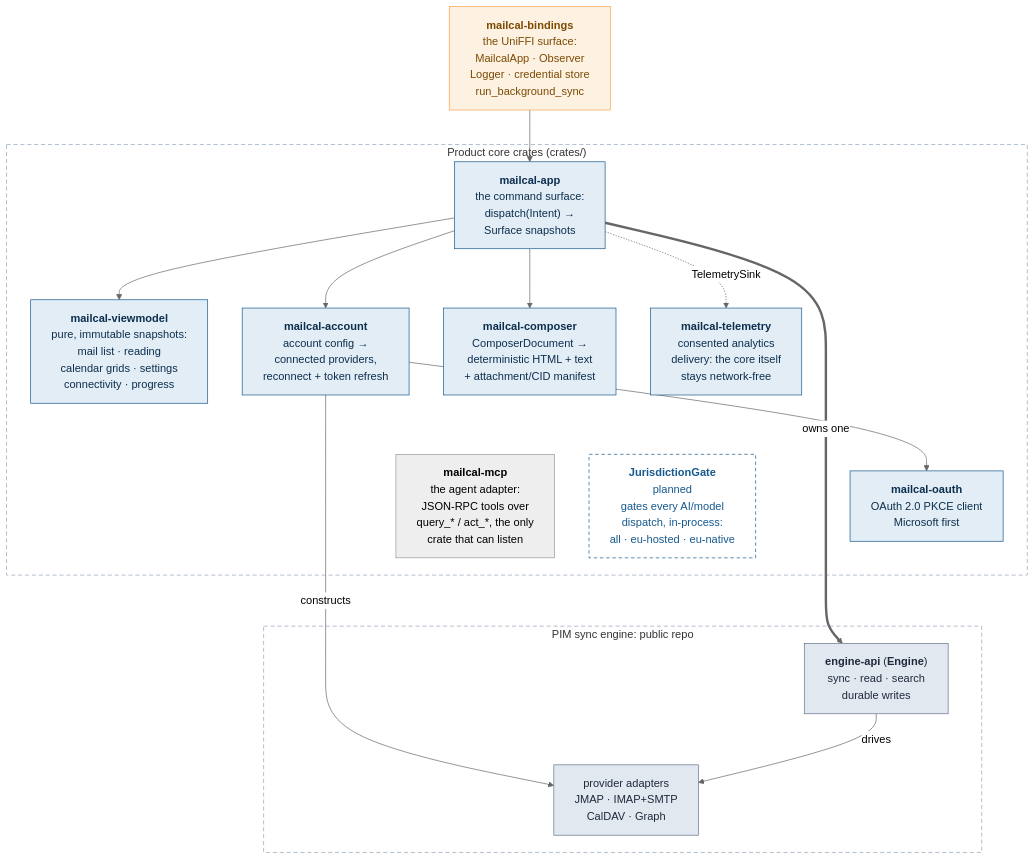
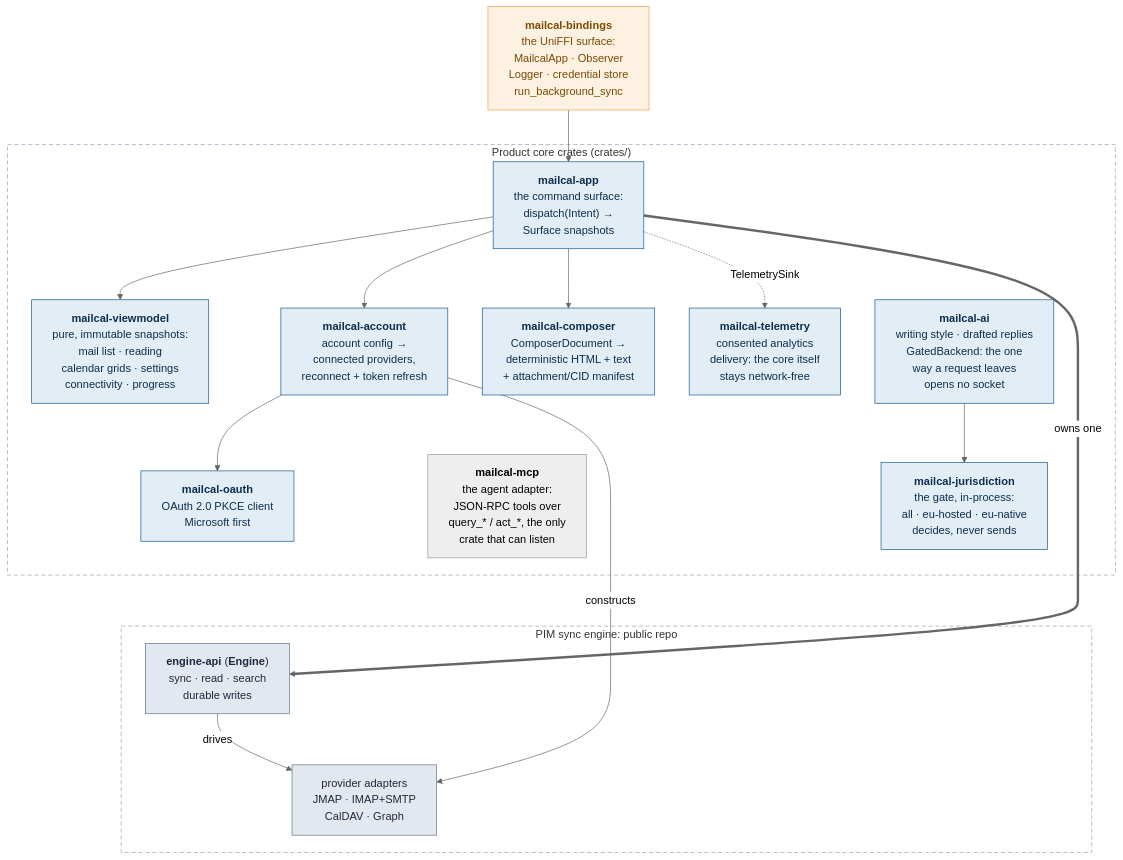
One commit to allodia-eu/mail-calendar changed the third of 4 diagrams in docs/architecture.md. Above: the diagram before and after it, drawn with Mermaid (neutral theme). The commit also changed other lines of this file and 46 other files, not shown here.

First line of the commit message:
Add the jurisdiction gate and the AI request crate

````diff
--- a/docs/architecture.md
+++ b/docs/architecture.md
@@ -90,43 +90,44 @@
 ```mermaid
 flowchart TD
     FFI["<b>mailcal-bindings</b><br/>the UniFFI surface:<br/>MailcalApp · Observer<br/>Logger · credential store<br/>run_background_sync"]
 
     subgraph CORE["Product core crates (crates/)"]
         APP["<b>mailcal-app</b><br/>the command surface:<br/>dispatch(Intent) →<br/>Surface snapshots"]
         VM["<b>mailcal-viewmodel</b><br/>pure, immutable snapshots:<br/>mail list · reading<br/>calendar grids · settings<br/>connectivity · progress"]
         ACC["<b>mailcal-account</b><br/>account config →<br/>connected providers,<br/>reconnect + token refresh"]
         OAUTH["<b>mailcal-oauth</b><br/>OAuth 2.0 PKCE client<br/>Microsoft first"]
         COMP["<b>mailcal-composer</b><br/>ComposerDocument →<br/>deterministic HTML + text<br/>+ attachment/CID manifest"]
         TEL["<b>mailcal-telemetry</b><br/>consented analytics<br/>delivery: the core itself<br/>stays network-free"]
         MCP["<b>mailcal-mcp</b><br/>the agent adapter:<br/>JSON-RPC tools over<br/>query_* / act_*, the only<br/>crate that can listen"]
-        GATE["<b>JurisdictionGate</b><br/>planned<br/>gates every AI/model<br/>dispatch, in-process:<br/>all · eu-hosted · eu-native"]
+        AI["<b>mailcal-ai</b><br/>writing style · drafted replies<br/>GatedBackend: the one<br/>way a request leaves<br/>opens no socket"]
+        GATE["<b>mailcal-jurisdiction</b><br/>the gate, in-process:<br/>all · eu-hosted · eu-native<br/>decides, never sends"]
     end
 
     subgraph ENGINE["PIM sync engine: public repo"]
         EAPI["<b>engine-api</b> (<b>Engine</b>)<br/>sync · read · search<br/>durable writes"]
         PROV["provider adapters<br/>JMAP · IMAP+SMTP<br/>CalDAV · Graph"]
     end
 
     FFI --> APP
     APP --> VM
     APP --> ACC
     APP --> COMP
     APP -. TelemetrySink .-> TEL
     ACC --> OAUTH
+    AI --> GATE
     APP ==>|owns one| EAPI
     ACC -->|constructs| PROV
     EAPI -->|drives| PROV
     OAUTH ~~~ EAPI
 
     classDef ffi fill:#fdf1e2,stroke:#F6A24A,color:#7c4a03
     classDef corec fill:#e3edf6,stroke:#16598D,color:#0c2f4e
     classDef planned fill:none,stroke:#16598D,color:#16598D,stroke-dasharray: 5 4
     classDef external fill:#e2e8f0,stroke:#64748b,color:#1e293b
 
     class FFI ffi
-    class APP,VM,ACC,OAUTH,COMP,TEL corec
-    class GATE planned
+    class APP,VM,ACC,OAUTH,COMP,TEL,AI,GATE corec
     class EAPI,PROV external
     style CORE fill:none,stroke:#94a3b8,stroke-dasharray: 6 4
     style ENGINE fill:none,stroke:#94a3b8,stroke-dasharray: 6 4
 ```
````
